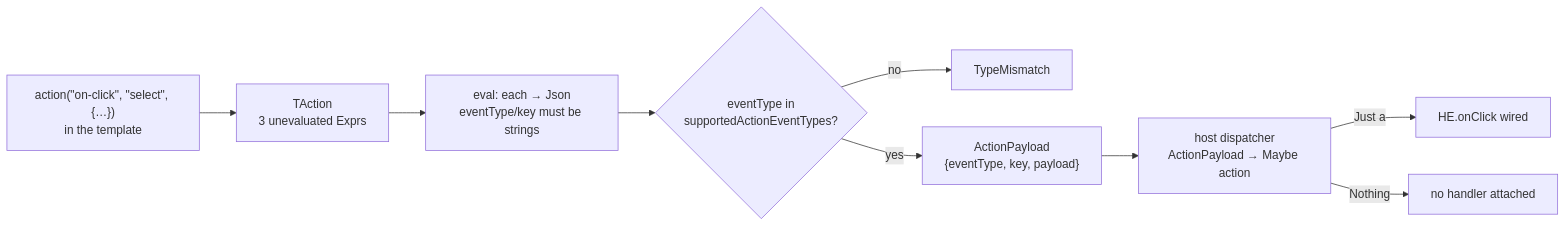
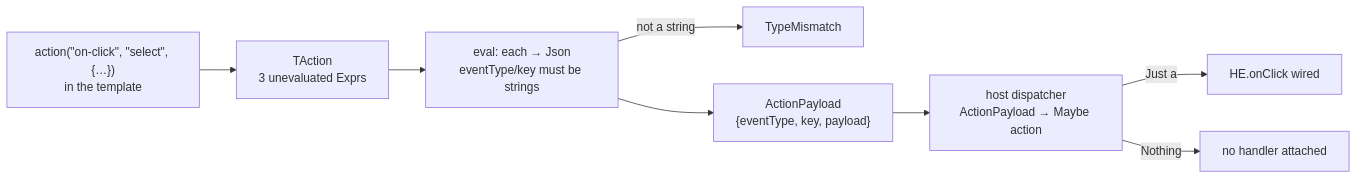
The second of 2 diagrams in specs/llm.md (lucasdicioccio/tramaj), drawn with Mermaid before and after one commit. The commit also changed other lines of this file and 10 other files, not shown here.

````diff
--- a/specs/llm.md
+++ b/specs/llm.md
@@ -412,11 +424,10 @@
 ```mermaid
 flowchart LR
   A["action(&quot;on-click&quot;, &quot;select&quot;, {…})<br/>in the template"] --> B["TAction<br/>3 unevaluated Exprs"]
   B --> C["eval: each → Json<br/>eventType/key must be strings"]
-  C --> D{"eventType in<br/>supportedActionEventTypes?"}
-  D -->|no| X["TypeMismatch"]
-  D -->|yes| P["ActionPayload<br/>{eventType, key, payload}"]
+  C -->|"not a string"| X["TypeMismatch"]
+  C --> P["ActionPayload<br/>{eventType, key, payload}"]
   P --> H["host dispatcher<br/>ActionPayload → Maybe action"]
   H -->|Just a| W["HE.onClick wired"]
   H -->|Nothing| R["no handler attached"]
 ```
````
